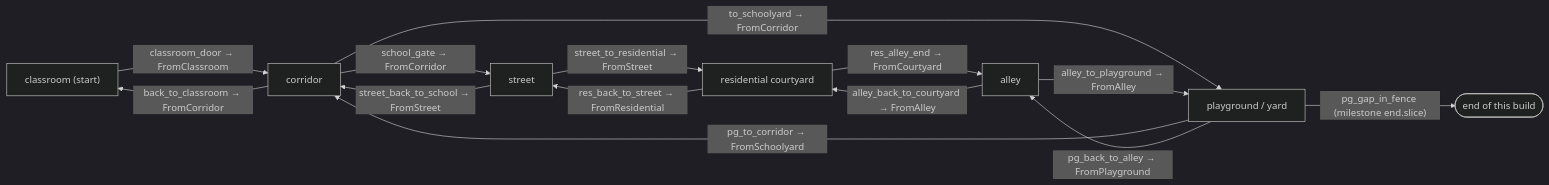
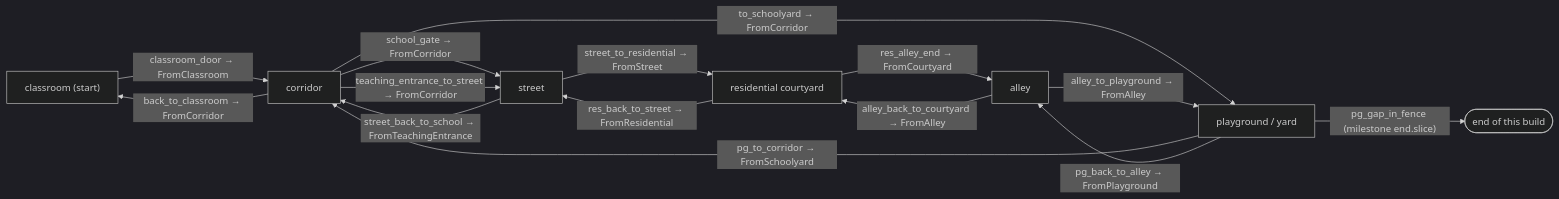
One commit to BrainEno/where-is-school changed the first of 3 diagrams in docs/MAP_PLAN.md. Above: the diagram before and after it, drawn with Mermaid (dark theme). The commit also changed other lines of this file and 26 other files, not shown here.

Commit message:
feat(teaching-wing): open the glass entrance and ground the laboratory

````diff
--- a/docs/MAP_PLAN.md
+++ b/docs/MAP_PLAN.md
@@ -38,24 +38,25 @@
 ```mermaid
 flowchart LR
   classroom["classroom (start)"]
   corridor["corridor"]
   street["street"]
   residential["residential courtyard"]
   alley["alley"]
   playground["playground / yard"]
   endcard(["end of this build"])
 
   classroom -- "classroom_door → FromClassroom" --> corridor
   corridor -- "back_to_classroom → FromCorridor" --> classroom
   corridor -- "school_gate → FromCorridor" --> street
-  street -- "street_back_to_school → FromStreet" --> corridor
+  corridor -- "teaching_entrance_to_street → FromCorridor" --> street
+  street -- "street_back_to_school → FromTeachingEntrance" --> corridor
   corridor -- "to_schoolyard → FromCorridor" --> playground
   playground -- "pg_to_corridor → FromSchoolyard" --> corridor
   street -- "street_to_residential → FromStreet" --> residential
   residential -- "res_back_to_street → FromResidential" --> street
   residential -- "res_alley_end → FromCourtyard" --> alley
   alley -- "alley_back_to_courtyard → FromAlley" --> residential
   alley -- "alley_to_playground → FromAlley" --> playground
   playground -- "pg_back_to_alley → FromPlayground" --> alley
   playground -- "pg_gap_in_fence (milestone end.slice)" --> endcard
 ```
````
